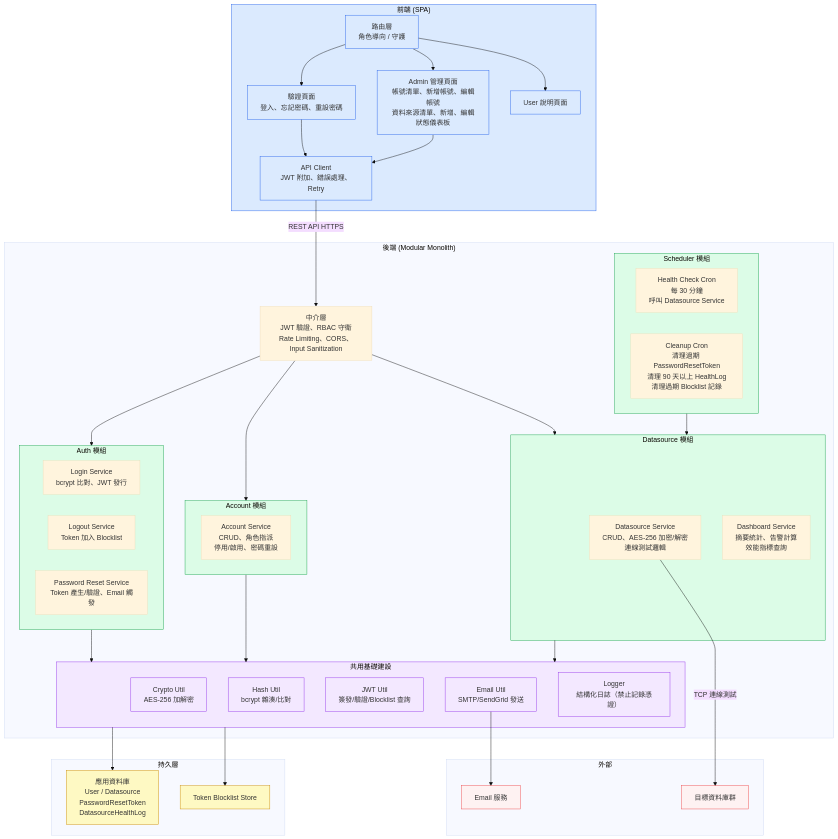
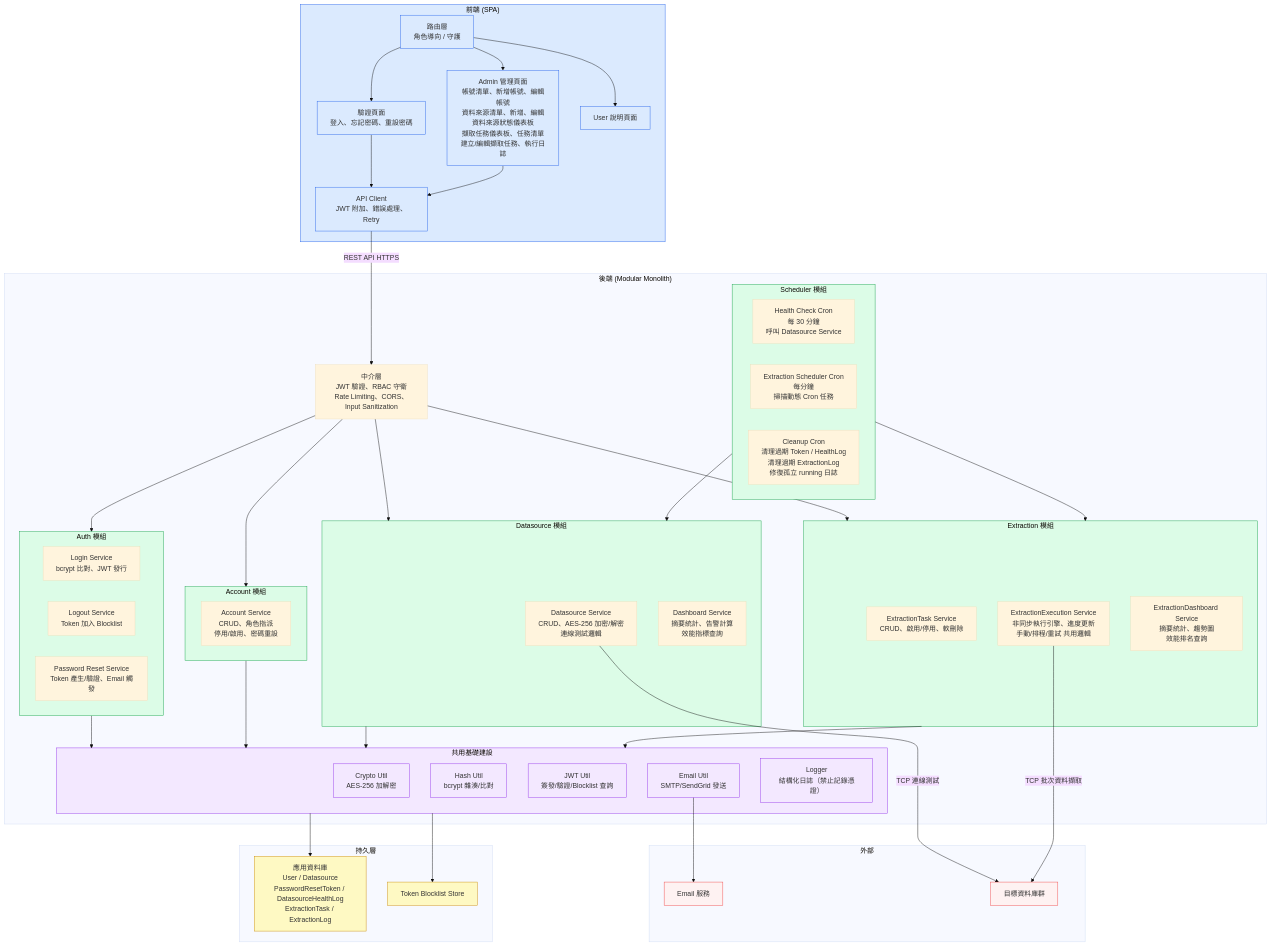
One commit to wisewhalesoft/cdmp-mvp changed the fourth of 12 diagrams in docs/specs/architecture-spec.md. Above: the diagram before and after it, drawn with Mermaid (base theme). The commit also changed other lines of this file, not shown here.

```diff
--- a/docs/specs/architecture-spec.md
+++ b/docs/specs/architecture-spec.md
@@ -203,7 +212,7 @@
     subgraph Frontend["前端 (SPA)"]
         Router["路由層<br/>角色導向 / 守護"]
         AuthPages["驗證頁面<br/>登入、忘記密碼、重設密碼"]
-        AdminPages["Admin 管理頁面<br/>帳號清單、新增帳號、編輯帳號<br/>資料來源清單、新增、編輯<br/>狀態儀表板"]
+        AdminPages["Admin 管理頁面<br/>帳號清單、新增帳號、編輯帳號<br/>資料來源清單、新增、編輯<br/>資料來源狀態儀表板<br/>擷取任務儀表板、任務清單<br/>建立/編輯擷取任務、執行日誌"]
         UserPage["User 說明頁面"]
         APIClient["API Client<br/>JWT 附加、錯誤處理、Retry"]
     end
@@ -226,9 +235,16 @@
             DashboardSvc["Dashboard Service<br/>摘要統計、告警計算<br/>效能指標查詢"]
         end
 
+        subgraph ExtractionModule["Extraction 模組"]
+            ExtTaskSvc["ExtractionTask Service<br/>CRUD、啟用/停用、軟刪除"]
+            ExtExecSvc["ExtractionExecution Service<br/>非同步執行引擎、進度更新<br/>手動/排程/重試 共用邏輯"]
+            ExtDashSvc["ExtractionDashboard Service<br/>摘要統計、趨勢圖<br/>效能排名查詢"]
+        end
+
         subgraph SchedulerModule["Scheduler 模組"]
             HealthCron["Health Check Cron<br/>每 30 分鐘<br/>呼叫 Datasource Service"]
-            CleanupCron["Cleanup Cron<br/>清理過期 PasswordResetToken<br/>清理 90 天以上 HealthLog<br/>清理過期 Blocklist 記錄"]
+            ExtractionCron["Extraction Scheduler Cron<br/>每分鐘<br/>掃描動態 Cron 任務"]
+            CleanupCron["Cleanup Cron<br/>清理過期 Token / HealthLog<br/>清理過期 ExtractionLog<br/>修復孤立 running 日誌"]
         end
 
         subgraph SharedInfra["共用基礎建設"]
@@ -241,7 +257,7 @@
     end
 
     subgraph Persistence["持久層"]
-        AppDB["應用資料庫<br/>User / Datasource<br/>PasswordResetToken<br/>DatasourceHealthLog"]
+        AppDB["應用資料庫<br/>User / Datasource<br/>PasswordResetToken / DatasourceHealthLog<br/>ExtractionTask / ExtractionLog"]
         TokenStore["Token Blocklist Store"]
     end
 
@@ -259,14 +275,18 @@
     Middleware --> AuthModule
     Middleware --> AccountModule
     Middleware --> DatasourceModule
+    Middleware --> ExtractionModule
     SchedulerModule --> DatasourceModule
+    SchedulerModule --> ExtractionModule
     AuthModule --> SharedInfra
     AccountModule --> SharedInfra
     DatasourceModule --> SharedInfra
+    ExtractionModule --> SharedInfra
     SharedInfra --> AppDB
     SharedInfra --> TokenStore
     EmailUtil --> EmailExt
     DsSvc -->|"TCP 連線測試"| TargetDBs
+    ExtExecSvc -->|"TCP 批次資料擷取"| TargetDBs
 
     classDef frontend fill:#dbeafe,stroke:#2563eb
     classDef module fill:#dcfce7,stroke:#16a34a
@@ -274,7 +294,7 @@
     classDef persist fill:#fef9c3,stroke:#ca8a04
     classDef external fill:#fef2f2,stroke:#ef4444
     class Frontend,Router,AuthPages,AdminPages,UserPage,APIClient frontend
-    class AuthModule,AccountModule,DatasourceModule,SchedulerModule module
+    class AuthModule,AccountModule,DatasourceModule,ExtractionModule,SchedulerModule module
     class SharedInfra,CryptoUtil,HashUtil,JWTUtil,EmailUtil,Logger shared
     class AppDB,TokenStore persist
     class EmailExt,TargetDBs external
```
